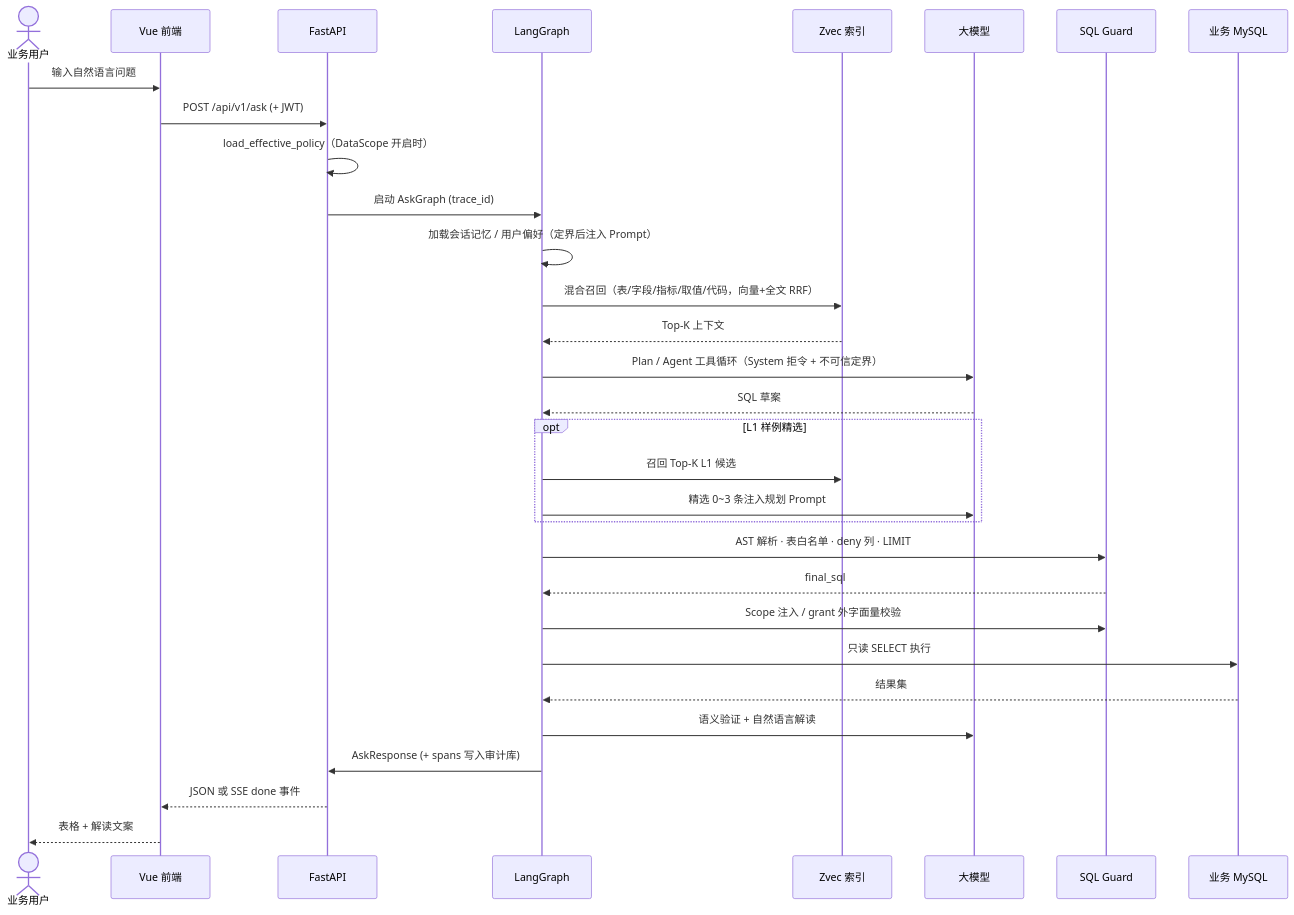
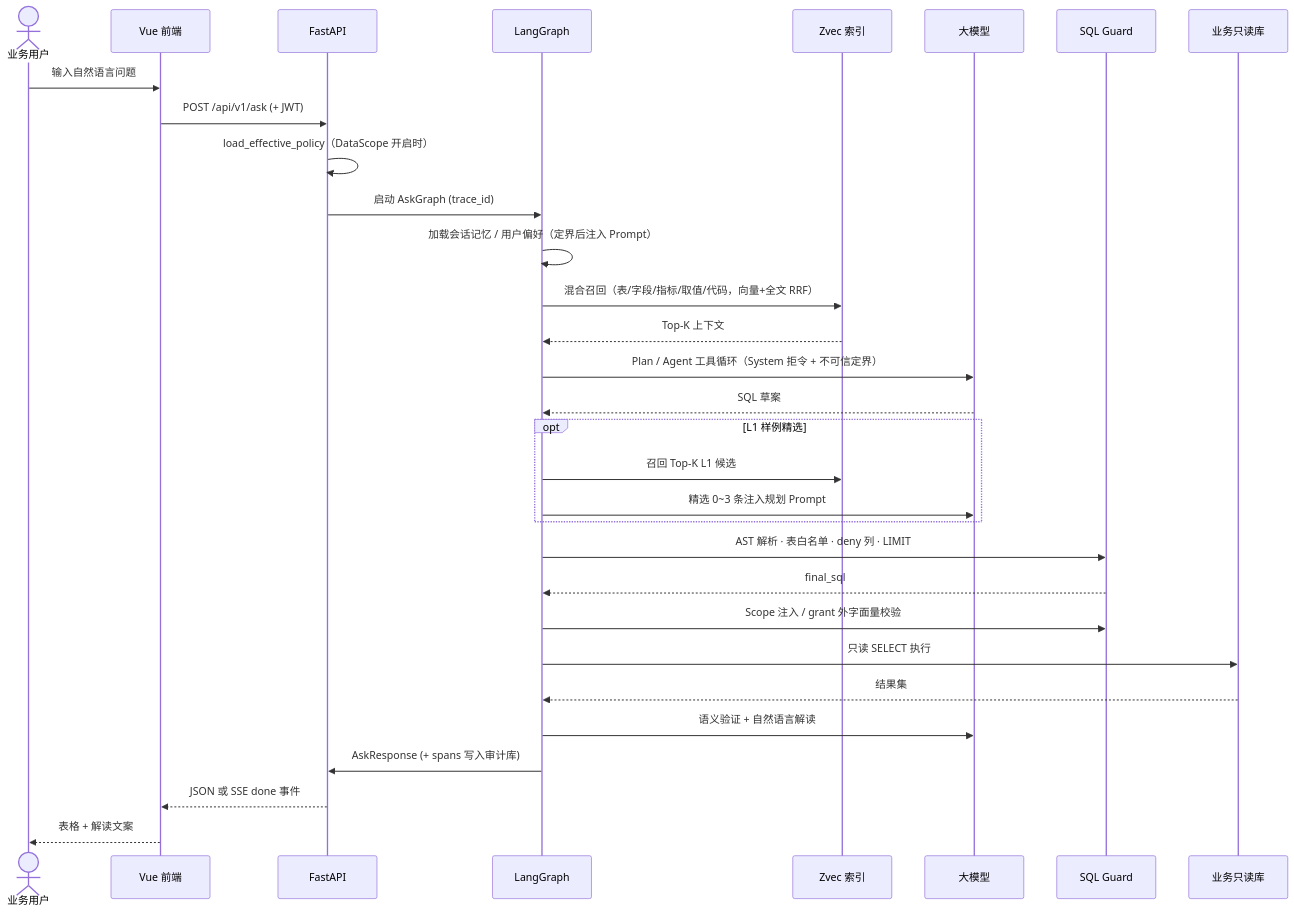
Before and after one commit to yanqiuping110-cloud/xb-data-copilot-bot: the third of 5 diagrams in README.md, drawn with Mermaid. The commit also changed other lines of this file and 5 other files, not shown here.

````diff
--- a/README.md
+++ b/README.md
@@ -177,37 +226,37 @@
 ```mermaid
 sequenceDiagram
     actor User as 业务用户
     participant FE as Vue 前端
     participant API as FastAPI
     participant Graph as LangGraph
     participant Zvec as Zvec 索引
     participant LLM as 大模型
     participant Guard as SQL Guard
-    participant DB as 业务 MySQL
+    participant DB as 业务只读库
 
     User->>FE: 输入自然语言问题
     FE->>API: POST /api/v1/ask (+ JWT)
     API->>API: load_effective_policy（DataScope 开启时）
     API->>Graph: 启动 AskGraph (trace_id)
 
     Graph->>Graph: 加载会话记忆 / 用户偏好（定界后注入 Prompt）
     Graph->>Zvec: 混合召回（表/字段/指标/取值/代码，向量+全文 RRF）
     Zvec-->>Graph: Top-K 上下文
     Graph->>LLM: Plan / Agent 工具循环（System 拒令 + 不可信定界）
     LLM-->>Graph: SQL 草案
 
     opt L1 样例精选
         Graph->>Zvec: 召回 Top-K L1 候选
         Graph->>LLM: 精选 0~3 条注入规划 Prompt
     end
 
     Graph->>Guard: AST 解析 · 表白名单 · deny 列 · LIMIT
     Guard-->>Graph: final_sql
     Graph->>Guard: Scope 注入 / grant 外字面量校验
     Graph->>DB: 只读 SELECT 执行
     DB-->>Graph: 结果集
     Graph->>LLM: 语义验证 + 自然语言解读
     Graph->>API: AskResponse (+ spans 写入审计库)
     API-->>FE: JSON 或 SSE done 事件
     FE-->>User: 表格 + 解读文案
 ```
````
